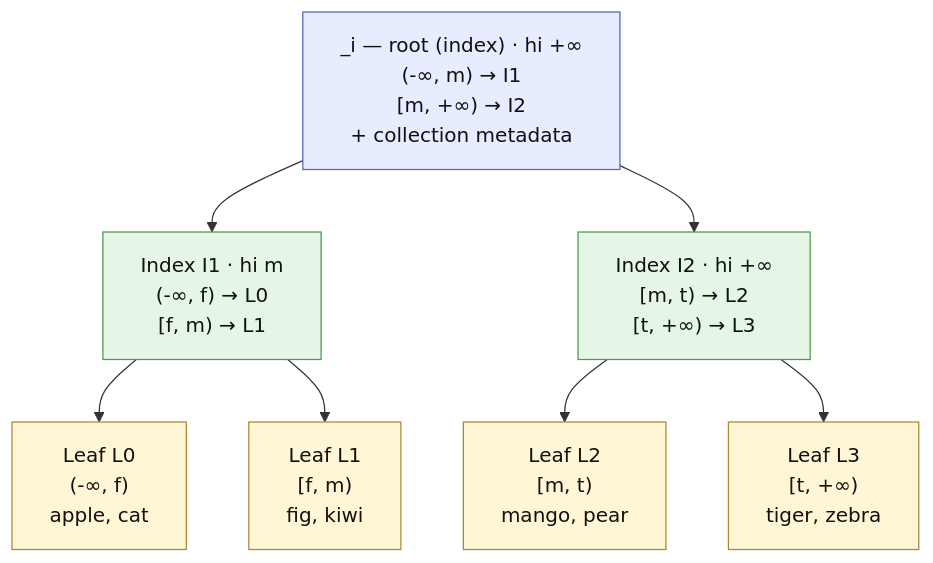
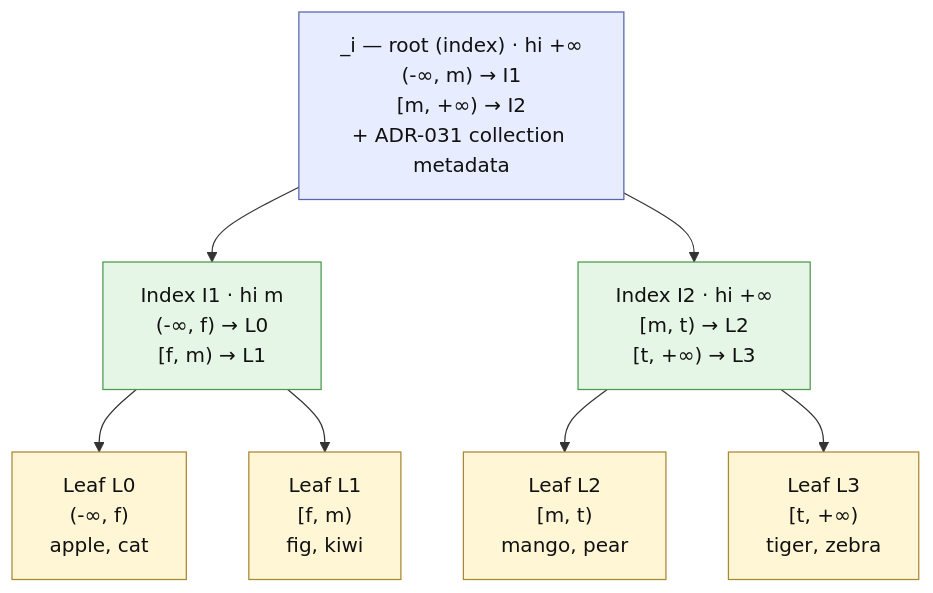
Before and after one commit to mbrt/glassdb-rs: the fourth of 5 diagrams in docs/designs/dynamic-range-sharding.md, drawn with Mermaid. The commit also changed other lines of this file and 9 other files, not shown here.

````diff
--- a/docs/designs/dynamic-range-sharding.md
+++ b/docs/designs/dynamic-range-sharding.md
@@ -162,19 +167,19 @@
 ```mermaid
 graph TD
-    Root["_i — root (index) · hi +∞<br/>(-∞, m) → I1<br/>[m, +∞) → I2<br/>+ collection metadata"]
+    Root["_i — root (index) · hi +∞<br/>(-∞, m) → I1<br/>[m, +∞) → I2<br/>+ ADR-031 collection metadata"]
 
     Root --> I1["Index I1 · hi m<br/>(-∞, f) → L0<br/>[f, m) → L1"]
     Root --> I2["Index I2 · hi +∞<br/>[m, t) → L2<br/>[t, +∞) → L3"]
 
     I1 --> L0["Leaf L0<br/>(-∞, f)<br/>apple, cat"]
     I1 --> L1["Leaf L1<br/>[f, m)<br/>fig, kiwi"]
     I2 --> L2["Leaf L2<br/>[m, t)<br/>mango, pear"]
     I2 --> L3["Leaf L3<br/>[t, +∞)<br/>tiger, zebra"]
 
     classDef root fill:#e8ecff,stroke:#5566aa,color:#111
     classDef index fill:#e6f6e6,stroke:#4c9a4c,color:#111
     classDef leaf fill:#fff6d5,stroke:#aa8833,color:#111
     class Root root
     class I1,I2 index
     class L0,L1,L2,L3 leaf
 ```
````
